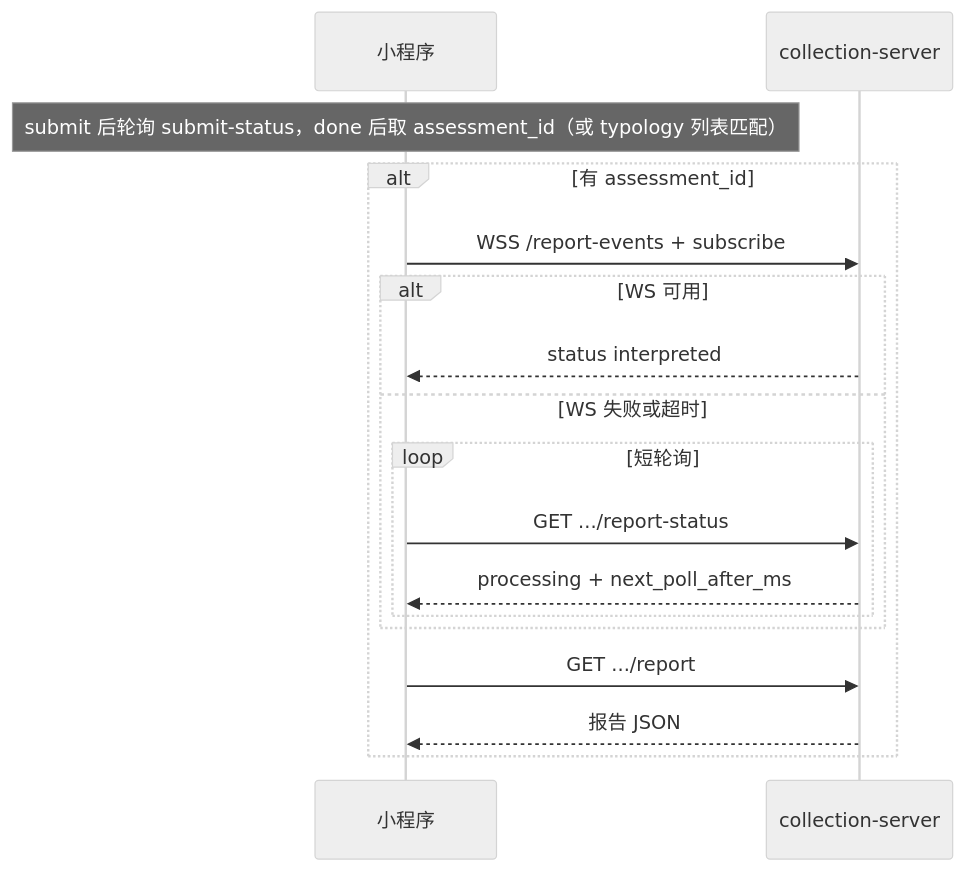
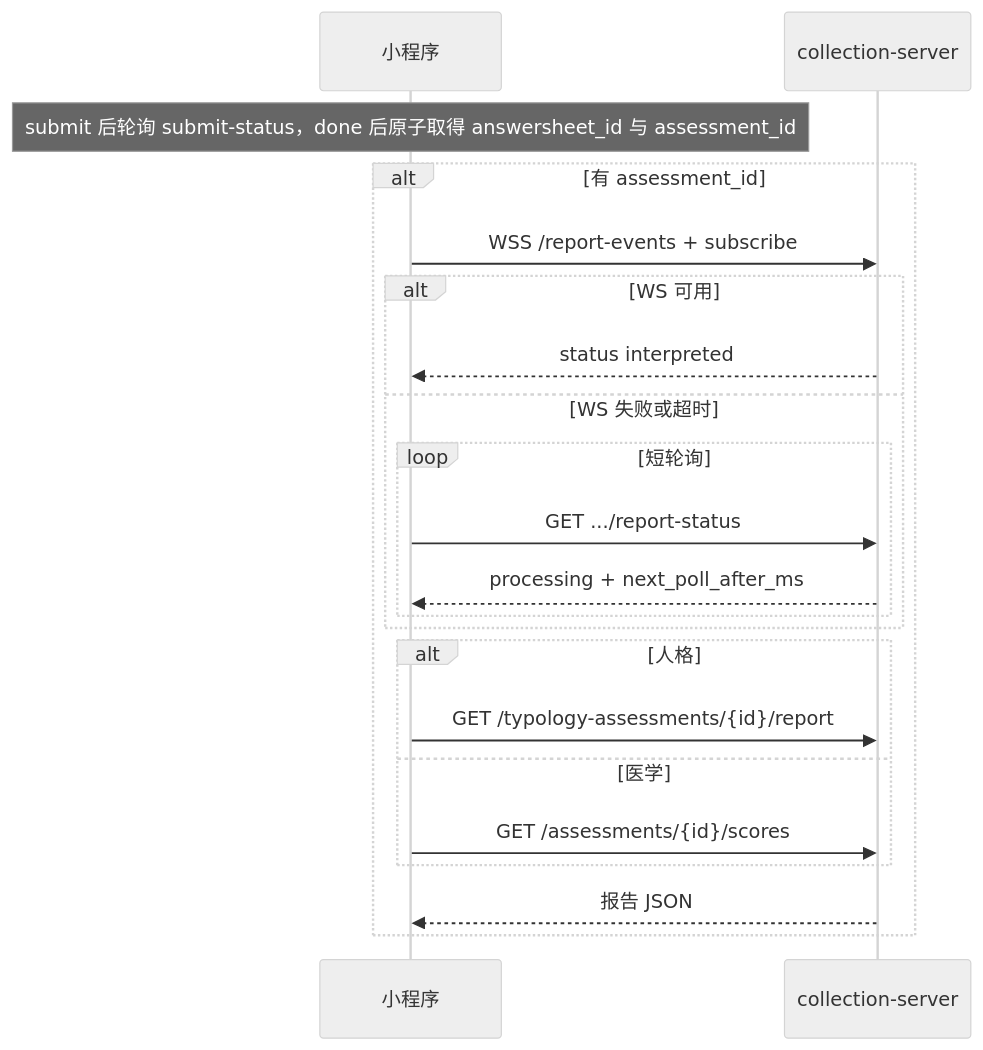
Before and after one commit to FangcunMount/qs-collection-system: the diagram in docs/12-小程序报告等待接入指南.md, drawn with Mermaid (neutral theme). The commit also changed other lines of this file and 50 other files, not shown here.

````diff
--- a/docs/12-小程序报告等待接入指南.md
+++ b/docs/12-小程序报告等待接入指南.md
@@ -265,21 +263,25 @@
 ```mermaid
 sequenceDiagram
     participant MP as 小程序
     participant CS as collection-server
 
-    Note over MP: submit 后轮询 submit-status，done 后取 assessment_id（或 typology 列表匹配）
+    Note over MP: submit 后轮询 submit-status，done 后原子取得 answersheet_id 与 assessment_id
 
     alt 有 assessment_id
         MP->>CS: WSS /report-events + subscribe
         alt WS 可用
             CS-->>MP: status interpreted
         else WS 失败或超时
             loop 短轮询
                 MP->>CS: GET .../report-status
                 CS-->>MP: processing + next_poll_after_ms
             end
         end
-        MP->>CS: GET .../report
+        alt 人格
+            MP->>CS: GET /typology-assessments/{id}/report
+        else 医学
+            MP->>CS: GET /assessments/{id}/scores
+        end
         CS-->>MP: 报告 JSON
     end
 ```
````
